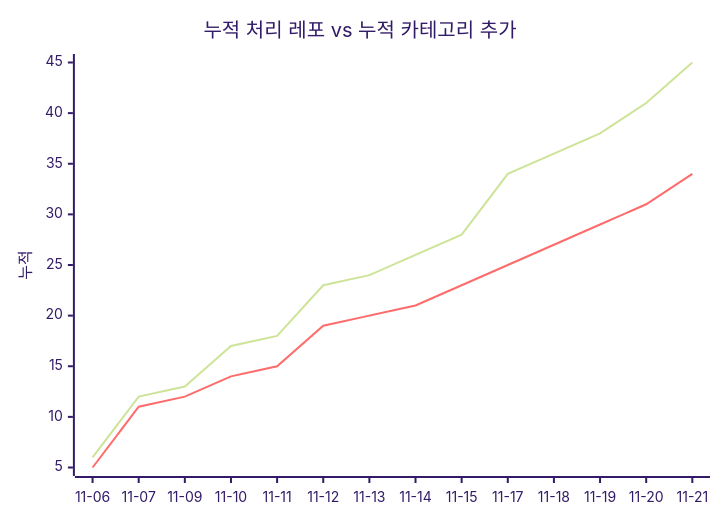
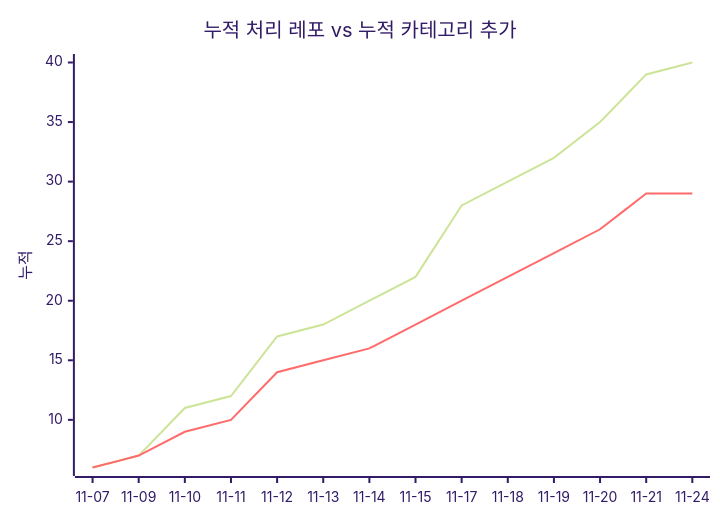
One commit to J-nowcow/awesome-korean-agent-skills changed the second of 2 diagrams in docs/trends.md. Above: the diagram before and after it, drawn with Mermaid (forest theme). The commit also changed other lines of this file and 27 other files, not shown here.

````diff
--- a/docs/trends.md
+++ b/docs/trends.md
@@ -68,8 +68,8 @@
 ```mermaid
 xychart-beta
     title "누적 처리 레포 vs 누적 카테고리 추가"
-    x-axis ["11-06","11-07","11-09","11-10","11-11","11-12","11-13","11-14","11-15","11-17","11-18","11-19","11-20","11-21"]
+    x-axis ["11-07","11-09","11-10","11-11","11-12","11-13","11-14","11-15","11-17","11-18","11-19","11-20","11-21","11-24"]
     y-axis "누적"
-    line [6,12,13,17,18,23,24,26,28,34,36,38,41,45]
-    line [5,11,12,14,15,19,20,21,23,25,27,29,31,34]
+    line [6,7,11,12,17,18,20,22,28,30,32,35,39,40]
+    line [6,7,9,10,14,15,16,18,20,22,24,26,29,29]
 ```
````
